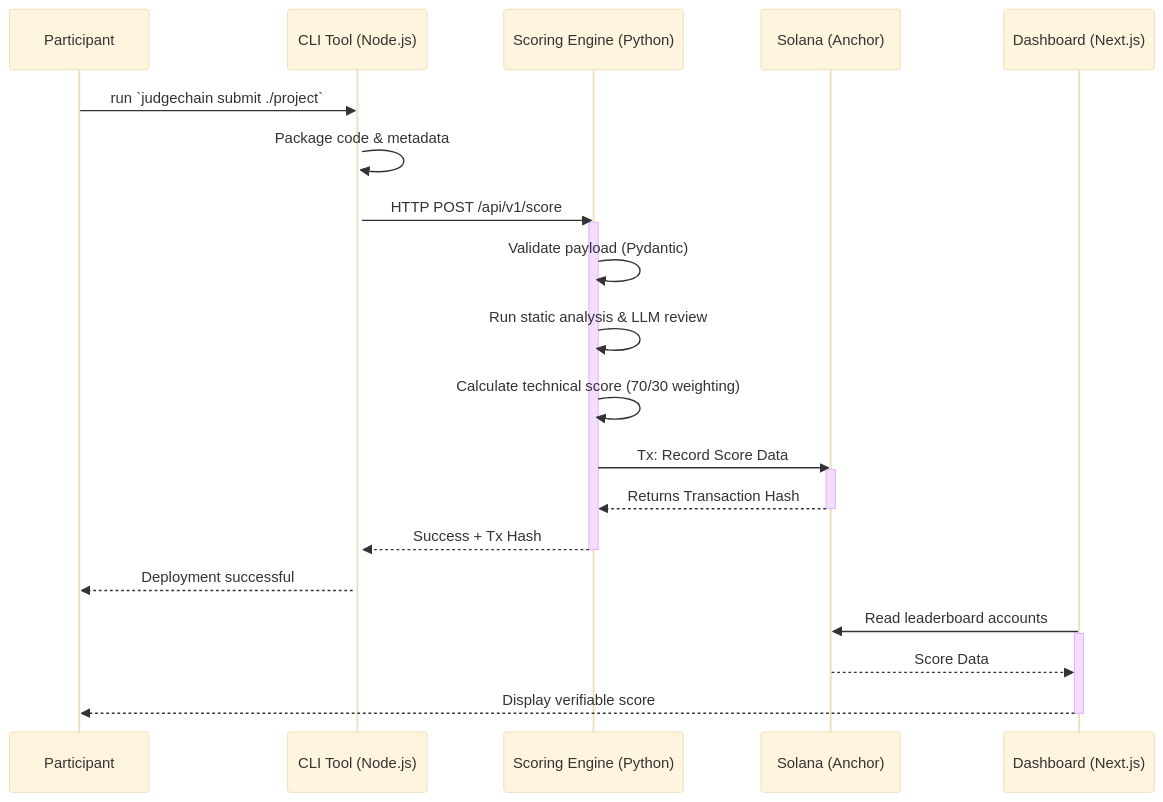
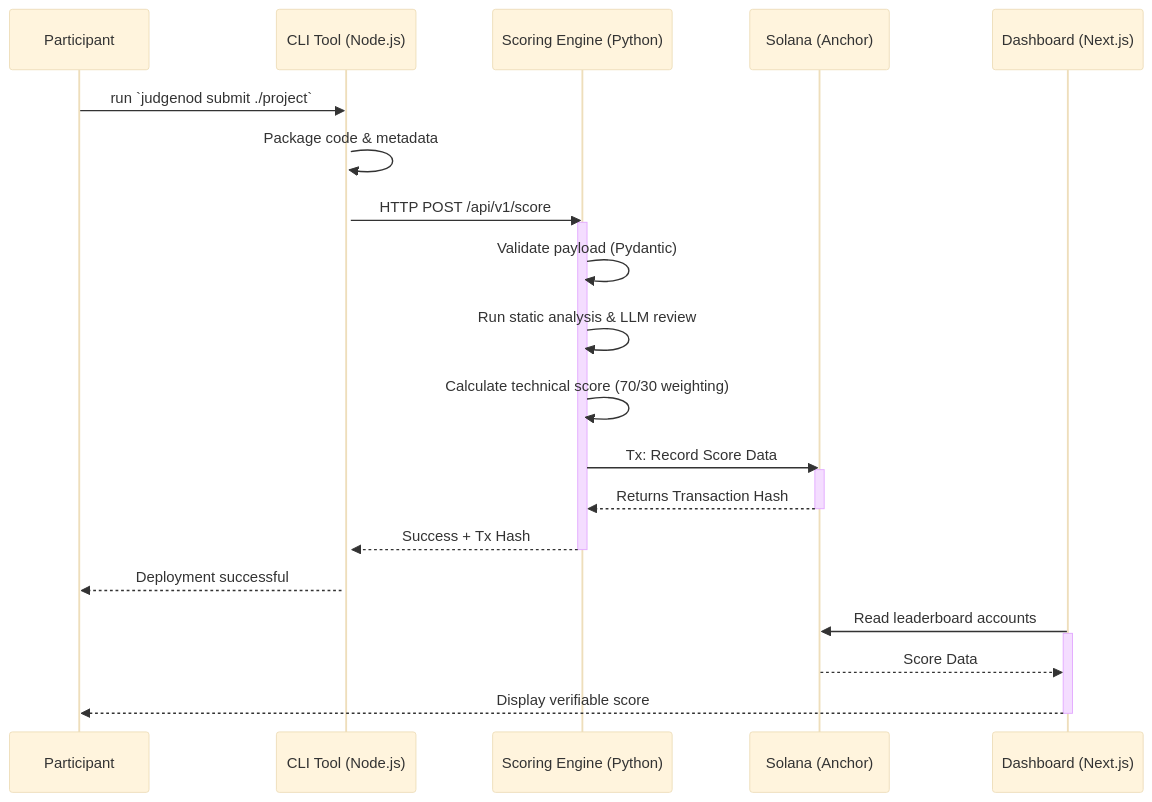
The second of 2 diagrams in README.md (Inmodel/inmodel-c), drawn with Mermaid (base theme) before and after one commit. The commit also changed other lines of this file and 10 other files, not shown here.

````diff
--- a/README.md
+++ b/README.md
@@ -39,33 +39,33 @@
 ```mermaid
 sequenceDiagram
     participant User as Participant
     participant CLI as CLI Tool (Node.js)
     participant Backend as Scoring Engine (Python)
     participant Chain as Solana (Anchor)
     participant Dash as Dashboard (Next.js)
     
-    User->>CLI: run `judgechain submit ./project`
+    User->>CLI: run `judgenod submit ./project`
     activate CLI
     CLI->>CLI: Package code & metadata
     CLI->>Backend: HTTP POST /api/v1/score
     activate Backend
     
     Backend->>Backend: Validate payload (Pydantic)
     Backend->>Backend: Run static analysis & LLM review
     Backend->>Backend: Calculate technical score (70/30 weighting)
     
     Backend->>Chain: Tx: Record Score Data
     activate Chain
     Chain-->>Backend: Returns Transaction Hash
     deactivate Chain
     
     Backend-->>CLI: Success + Tx Hash
     deactivate Backend
     CLI-->>User: Deployment successful
 
     Dash->>Chain: Read leaderboard accounts
     activate Dash
     Chain-->>Dash: Score Data
     Dash-->>User: Display verifiable score
     deactivate Dash
 ```
````
